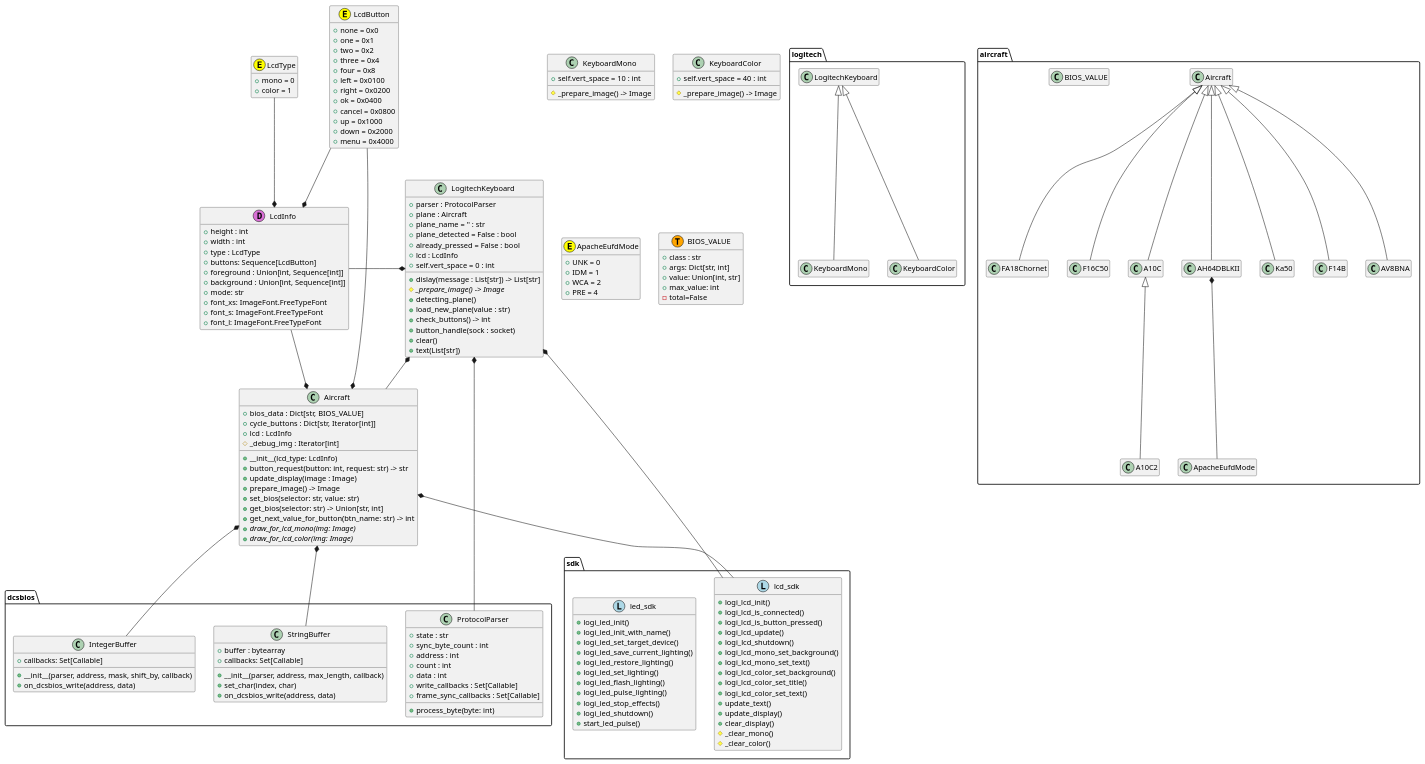
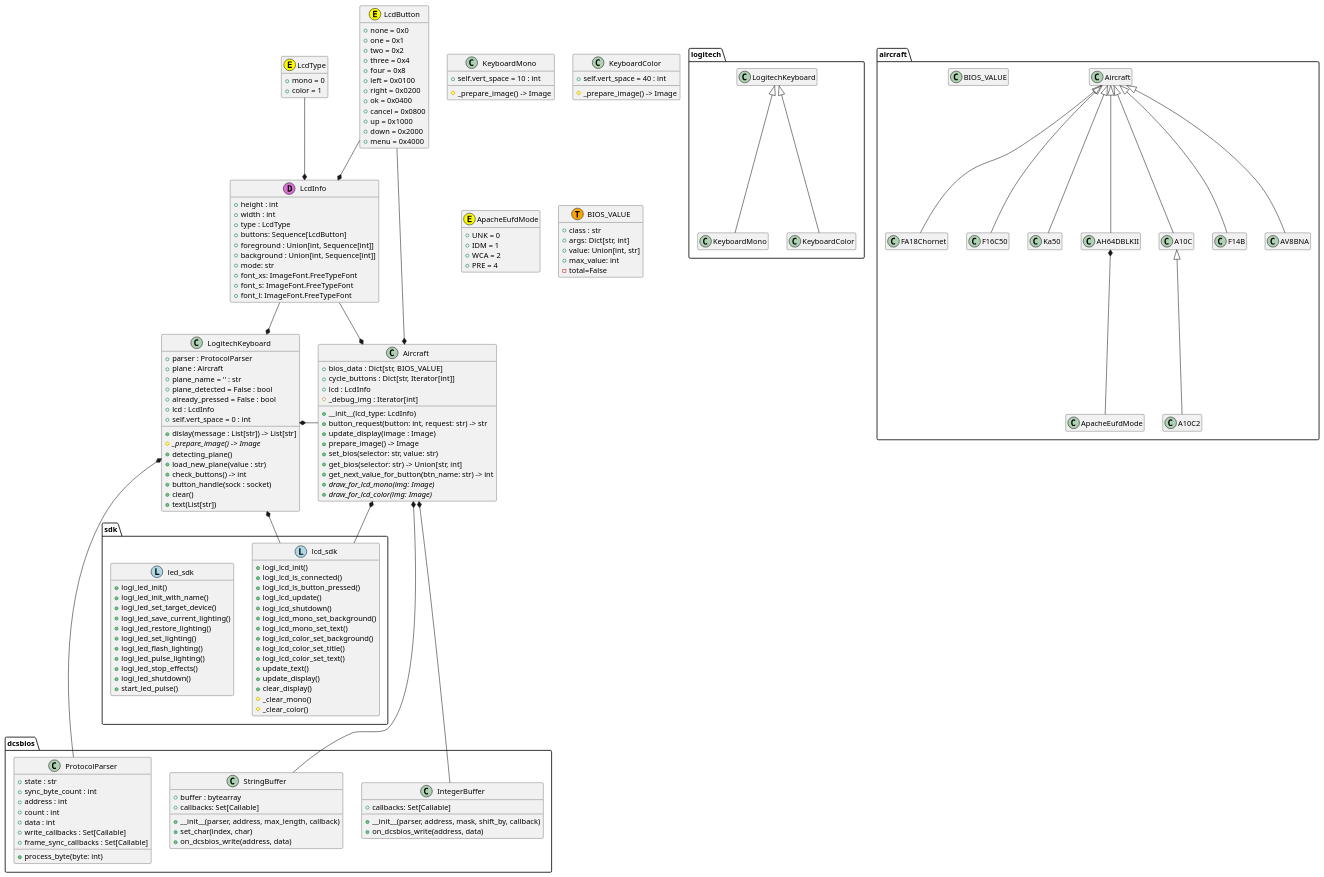
Before and after one commit to emcek/dcspy: the diagram in uml/classes.puml, drawn with PlantUML.

Commit message:
update UML

```diff
--- a/uml/classes.puml
+++ b/uml/classes.puml
@@ -1,188 +1,187 @@
 @startuml
 hide empty members
 
 package dcsbios {
     class ProtocolParser {
         + state : str
         + sync_byte_count : int
         + address : int
         + count : int
         + data : int
         + write_callbacks : Set[Callable]
         + frame_sync_callbacks : Set[Callable]
         + process_byte(byte: int)
     }
 
     class StringBuffer {
         + buffer : bytearray
         + callbacks: Set[Callable]
         + __init__(parser, address, max_length, callback)
         + set_char(index, char)
         + on_dcsbios_write(address, data)
     }
 
     class IntegerBuffer {
         + callbacks: Set[Callable]
         + __init__(parser, address, mask, shift_by, callback)
         + on_dcsbios_write(address, data)
     }
 }
 
 package logitech {
     LogitechKeyboard <|-- KeyboardMono
     LogitechKeyboard <|-- KeyboardColor
 }
 
 class LogitechKeyboard {
     + parser : ProtocolParser
     + plane : Aircraft
     + plane_name = '' : str
     + plane_detected = False : bool
     + already_pressed = False : bool
     + lcd : LcdInfo
     + self.vert_space = 0 : int
     + dislay(message : List[str]) -> List[str]
     # {abstract} _prepare_image() -> Image
     + detecting_plane()
     + load_new_plane(value : str)
     + check_buttons() -> int
     + button_handle(sock : socket)
     + clear()
     + text(List[str])
 }
 
 class KeyboardMono {
     + self.vert_space = 10 : int
     # _prepare_image() -> Image
 }
 
 class KeyboardColor {
     + self.vert_space = 40 : int
     # _prepare_image() -> Image
 }
 
 package aircraft {
   Aircraft <|-- FA18Chornet
   Aircraft <|-- F16C50
   Aircraft <|-- Ka50
   Aircraft <|-- AH64DBLKII
   Aircraft <|-- A10C
   A10C <|-- A10C2
   Aircraft <|-- F14B
   Aircraft <|-- AV8BNA
   class BIOS_VALUE
   AH64DBLKII *-- ApacheEufdMode
 }
 
 class Aircraft {
     + bios_data : Dict[str, BIOS_VALUE]
     + cycle_buttons : Dict[str, Iterator[int]]
     + lcd : LcdInfo
     # _debug_img : Iterator[int]
     + __init__(lcd_type: LcdInfo)
     + button_request(button: int, request: str) -> str
     + update_display(image : Image)
     + prepare_image() -> Image
     + set_bios(selector: str, value: str)
     + get_bios(selector: str) -> Union[str, int]
     + get_next_value_for_button(btn_name: str) -> int
     + {abstract} draw_for_lcd_mono(img: Image)
     + {abstract} draw_for_lcd_color(img: Image)
 }
 
 class ApacheEufdMode <<(E,yellow)>> {
     + UNK = 0
     + IDM = 1
     + WCA = 2
     + PRE = 4
 }
 
 class BIOS_VALUE <<(T,orange)>> {
     + class : str
     + args: Dict[str, int]
     + value: Union[int, str]
     + max_value: int
     - total=False
 }
 
 class LcdInfo <<(D,orchid)>> {
     + height : int
     + width : int
     + type : LcdType
     + buttons: Sequence[LcdButton]
     + foreground : Union[int, Sequence[int]]
     + background : Union[int, Sequence[int]]
     + mode: str
     + font_xs: ImageFont.FreeTypeFont
     + font_s: ImageFont.FreeTypeFont
     + font_l: ImageFont.FreeTypeFont
 }
 
 class LcdType <<(E,yellow)>> {
     + mono = 0
     + color = 1
 }
 
 class LcdButton <<(E,yellow)>> {
     + none = 0x0
     + one = 0x1
     + two = 0x2
     + three = 0x4
     + four = 0x8
     + left = 0x0100
     + right = 0x0200
     + ok = 0x0400
     + cancel = 0x0800
     + up = 0x1000
     + down = 0x2000
     + menu = 0x4000
 }
 
-
-LcdType --* LcdInfo
-LcdButton --* LcdInfo
-LcdButton --* Aircraft
-
 package sdk{
     class lcd_sdk <<(L,lightblue)>> {
         + logi_lcd_init()
         + logi_lcd_is_connected()
         + logi_lcd_is_button_pressed()
         + logi_lcd_update()
         + logi_lcd_shutdown()
         + logi_lcd_mono_set_background()
         + logi_lcd_mono_set_text()
         + logi_lcd_color_set_background()
         + logi_lcd_color_set_title()
         + logi_lcd_color_set_text()
         + update_text()
         + update_display()
         + clear_display()
         # _clear_mono()
         # _clear_color()
     }
     class led_sdk <<(L,lightblue)>> {
         + logi_led_init()
         + logi_led_init_with_name()
         + logi_led_set_target_device()
         + logi_led_save_current_lighting()
         + logi_led_restore_lighting()
         + logi_led_set_lighting()
         + logi_led_flash_lighting()
         + logi_led_pulse_lighting()
         + logi_led_stop_effects()
         + logi_led_shutdown()
         + start_led_pulse()
     }
 }
 
+LcdType --* LcdInfo
+LcdButton --* LcdInfo
+LcdButton --* Aircraft
+
 LogitechKeyboard *- Aircraft
 LcdInfo -* LogitechKeyboard
 LogitechKeyboard *--- ProtocolParser
 LogitechKeyboard *-- lcd_sdk
 
 LcdInfo --* Aircraft
 Aircraft *-- StringBuffer
-Aircraft *-- IntegerBuffer
+Aircraft *--- IntegerBuffer
 Aircraft *-- lcd_sdk
 @enduml
```
